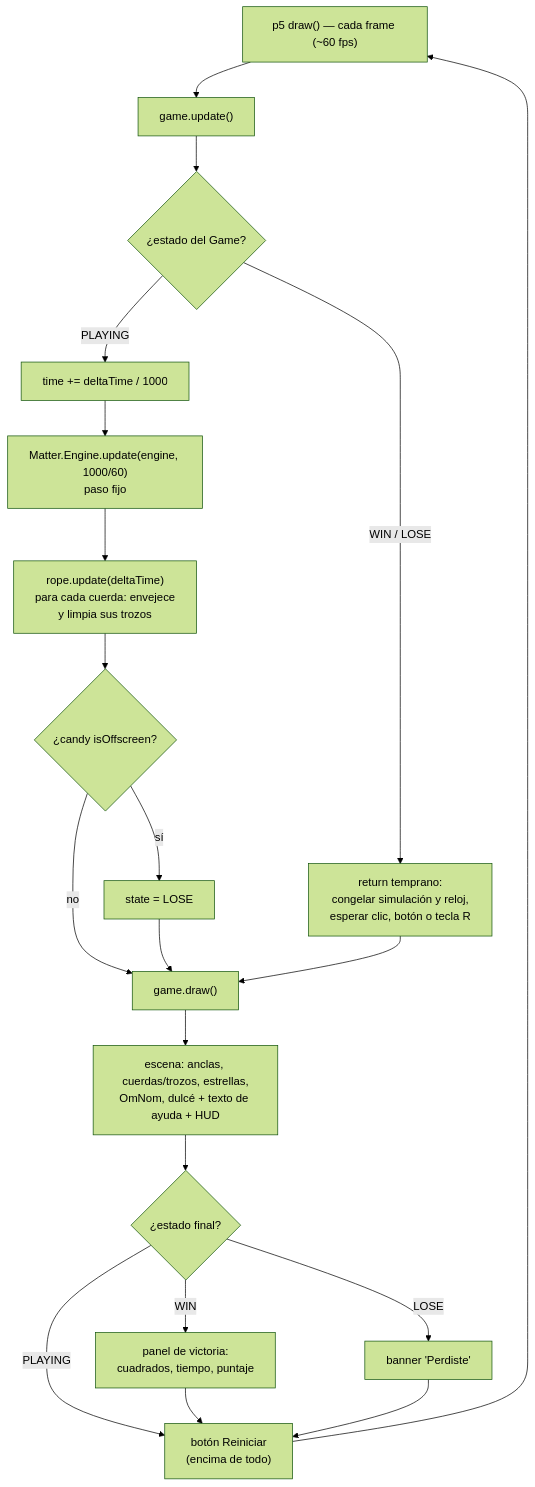
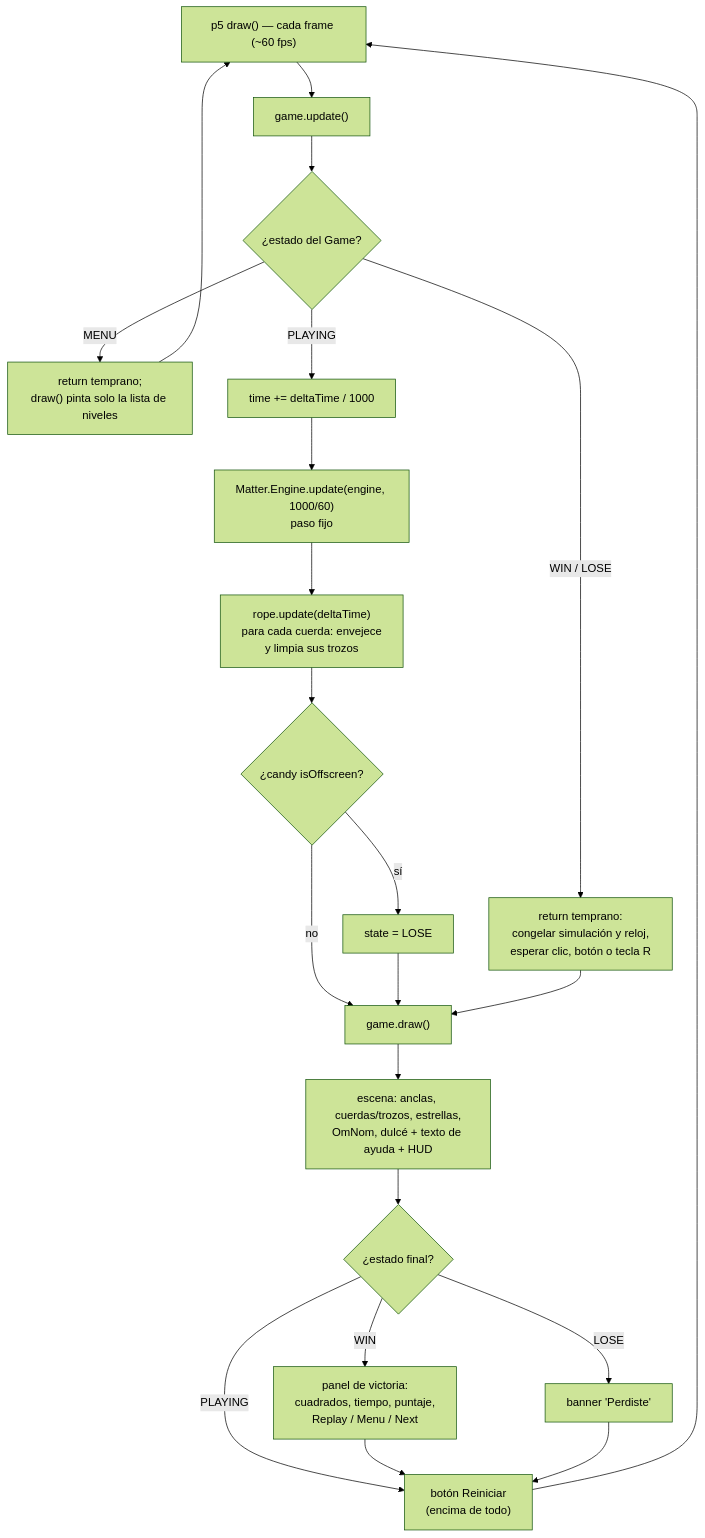
The fifth of 5 diagrams in docs/arquitectura-mvp.md (ShryhakAkizuki/Cut_The_Rope-Visual_Computing_2026-II), drawn with Mermaid (forest theme) before and after one commit. The commit also changed other lines of this file and 6 other files, not shown here.

Commit message:
estado menu y niveles

````diff
--- a/docs/arquitectura-mvp.md
+++ b/docs/arquitectura-mvp.md
@@ -323,22 +362,24 @@
 ```mermaid
 flowchart TD
     A["p5 draw() — cada frame (~60 fps)"] --> B["game.update()"]
     B --> C{"¿estado del Game?"}
+    C -->|MENU| MN["return temprano;<br/>draw() pinta solo la lista de niveles"]
+    MN --> A
     C -->|WIN / LOSE| D["return temprano:<br/>congelar simulación y reloj,<br/>esperar clic, botón o tecla R"]
     C -->|PLAYING| T["time += deltaTime / 1000"]
     T --> E["Matter.Engine.update(engine, 1000/60)<br/>paso fijo"]
     E --> F["rope.update(deltaTime)<br/>para cada cuerda: envejece<br/>y limpia sus trozos"]
     F --> G{"¿candy isOffscreen?"}
     G -->|sí| H["state = LOSE"]
     G -->|no| I["game.draw()"]
     H --> I
     D --> I
     I --> J["escena: anclas, cuerdas/trozos, estrellas,<br/>OmNom, dulcé + texto de ayuda + HUD"]
     J --> K{"¿estado final?"}
-    K -->|WIN| L["panel de victoria:<br/>cuadrados, tiempo, puntaje"]
+    K -->|WIN| L["panel de victoria:<br/>cuadrados, tiempo, puntaje,<br/>Replay / Menu / Next"]
     K -->|LOSE| M["banner 'Perdiste'"]
     K -->|PLAYING| N["botón Reiniciar<br/>(encima de todo)"]
     L --> N
     M --> N
     N --> A
 ```
````
